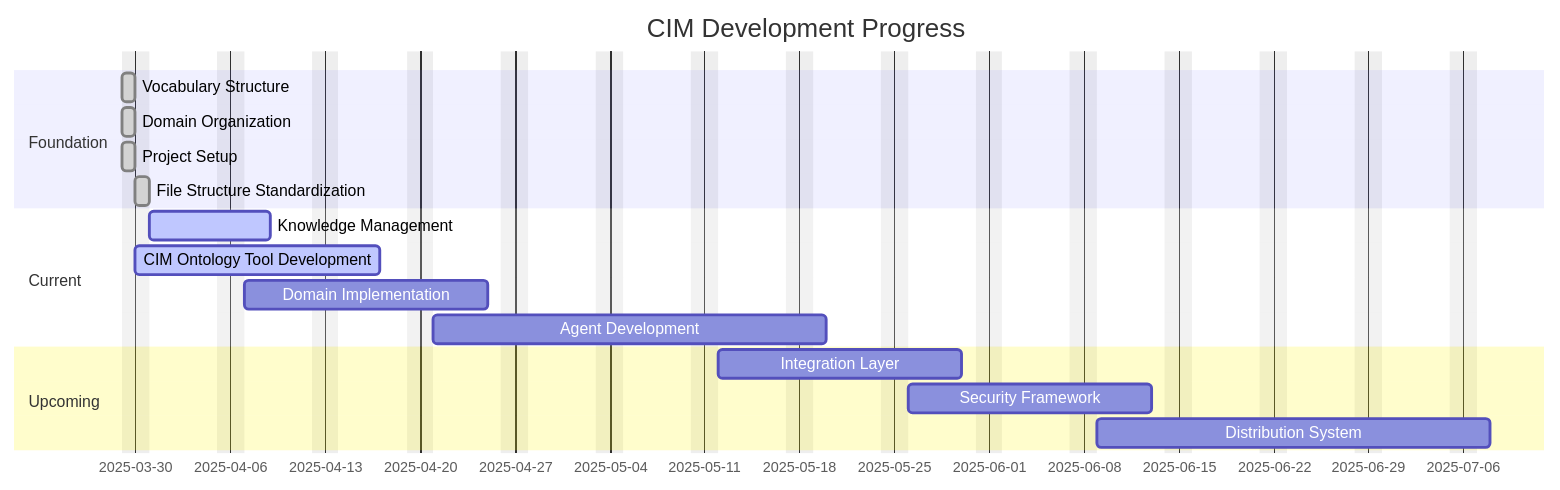
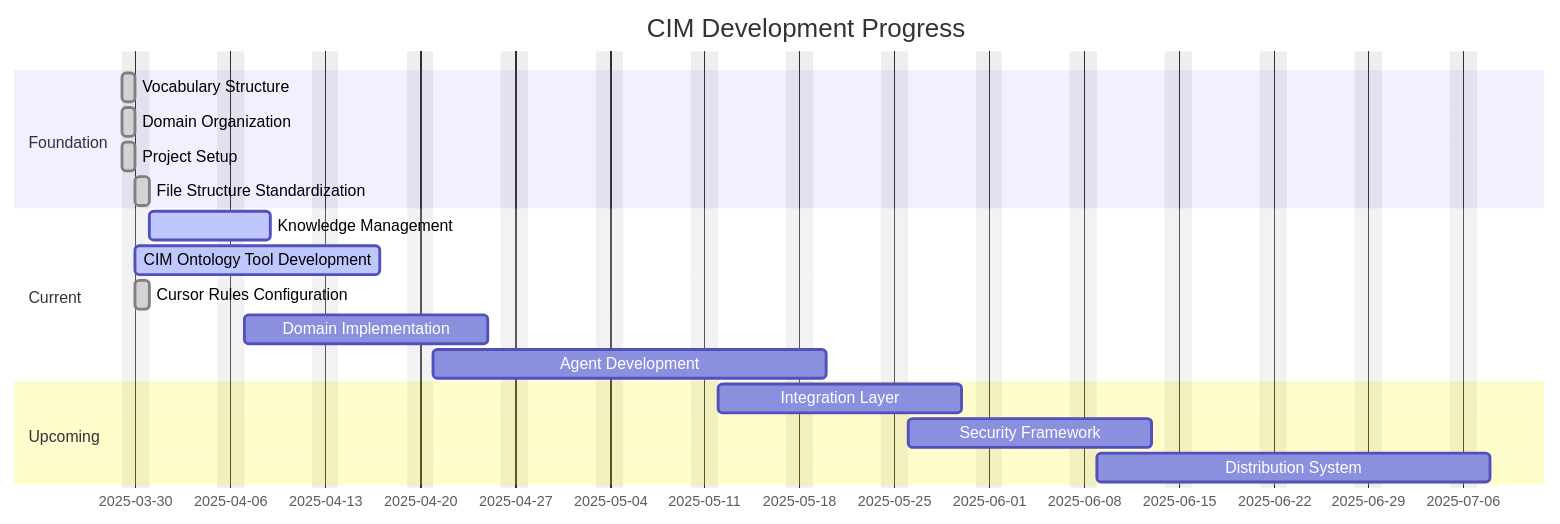
One commit to TheCowboyAI/cim changed the first of 4 diagrams in docs/dashboard.md. Above: the diagram before and after it, drawn with Mermaid. The commit also changed other lines of this file and 1 other file, not shown here.

Commit message:
docs: update progress tracking for cursor rules configuration completion

````diff
--- a/docs/dashboard.md
+++ b/docs/dashboard.md
@@ -5,23 +5,24 @@
 ```mermaid
 gantt
     dateFormat  YYYY-MM-DD
     title       CIM Development Progress
     excludes    weekends
     
     section Foundation
     Vocabulary Structure :done, 2025-03-29, 1d
     Domain Organization  :done, 2025-03-29, 1d
     Project Setup       :done, 2025-03-29, 1d
     File Structure Standardization :done, 2025-03-30, 1d
     
     section Current
     Knowledge Management    :active, 2025-03-31, 7d
     CIM Ontology Tool Development :active, 2025-03-30, 14d
+    Cursor Rules Configuration :done, 2025-03-30, 1d
     Domain Implementation   :2025-04-07, 14d
     Agent Development      :2025-04-21, 21d
     
     section Upcoming
     Integration Layer      :2025-05-12, 14d
     Security Framework     :2025-05-26, 14d
     Distribution System    :2025-06-09, 21d
 ```
````
